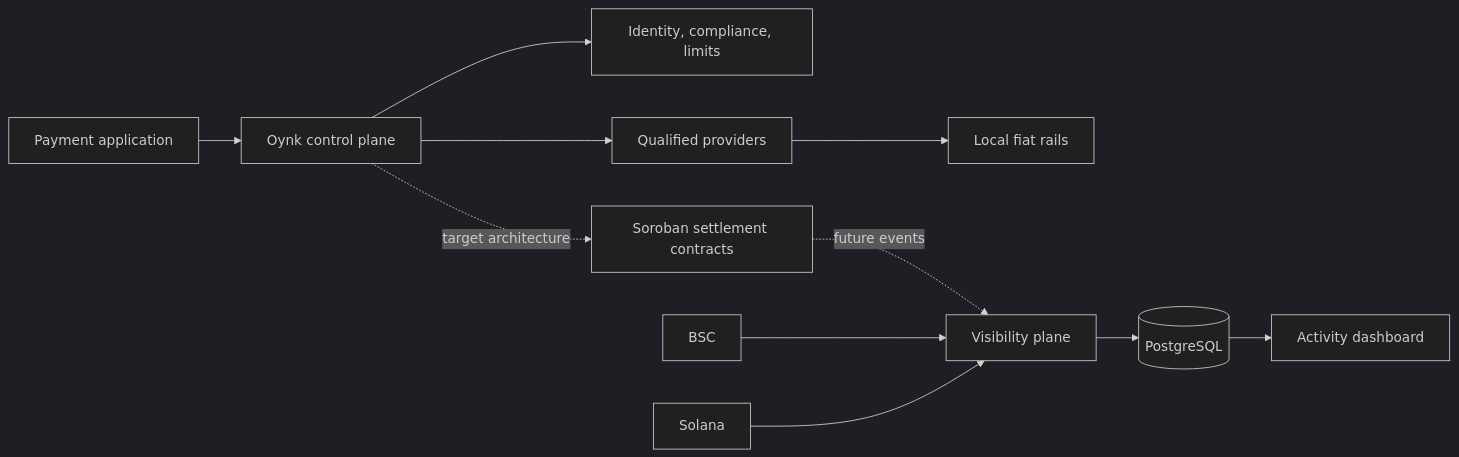
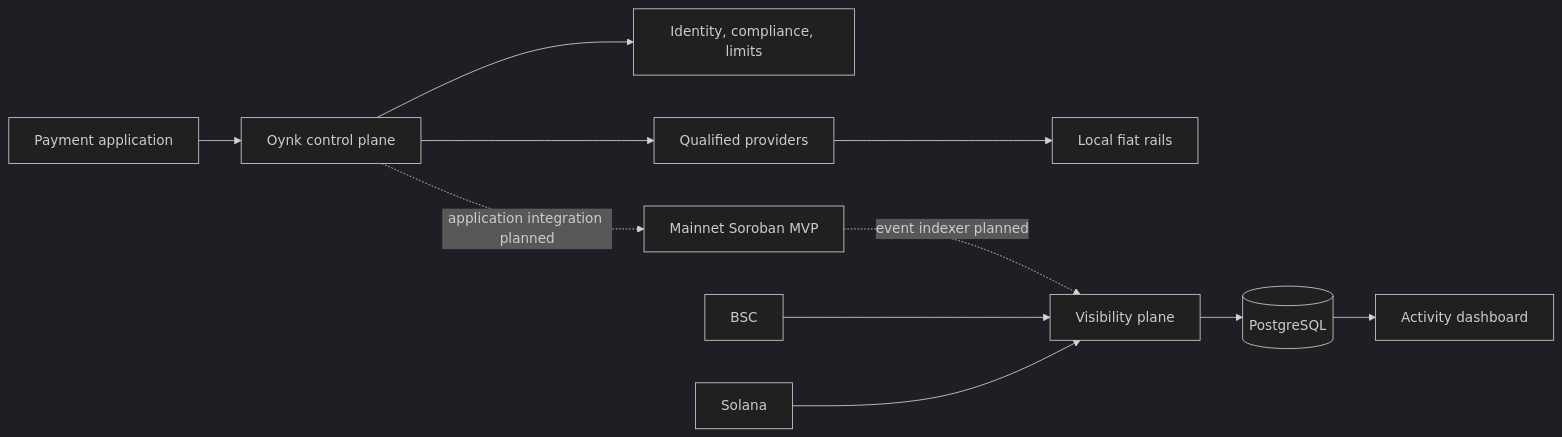
The diagram in apps/docs/index.mdx (oynk-io/oynk-platform), drawn with Mermaid (dark theme) before and after one commit. The commit also changed other lines of this file and 22 other files, not shown here.

Commit message:
cleanup and update to technical architecture

````diff
--- a/apps/docs/index.mdx
+++ b/apps/docs/index.mdx
@@ -34,13 +35,13 @@
 ```mermaid
 flowchart LR
   App[Payment application] --> Control[Oynk control plane]
   Control --> Policy[Identity, compliance, limits]
   Control --> Providers[Qualified providers]
-  Control -. target architecture .-> Soroban[Soroban settlement contracts]
+  Control -. application integration planned .-> Soroban[Mainnet Soroban MVP]
   Providers --> Fiat[Local fiat rails]
-  Soroban -. future events .-> Visibility[Visibility plane]
+  Soroban -. event indexer planned .-> Visibility[Visibility plane]
   BSC[BSC] --> Visibility
   Solana[Solana] --> Visibility
   Visibility --> PG[(PostgreSQL)]
   PG --> Dashboard[Activity dashboard]
 ```
````
